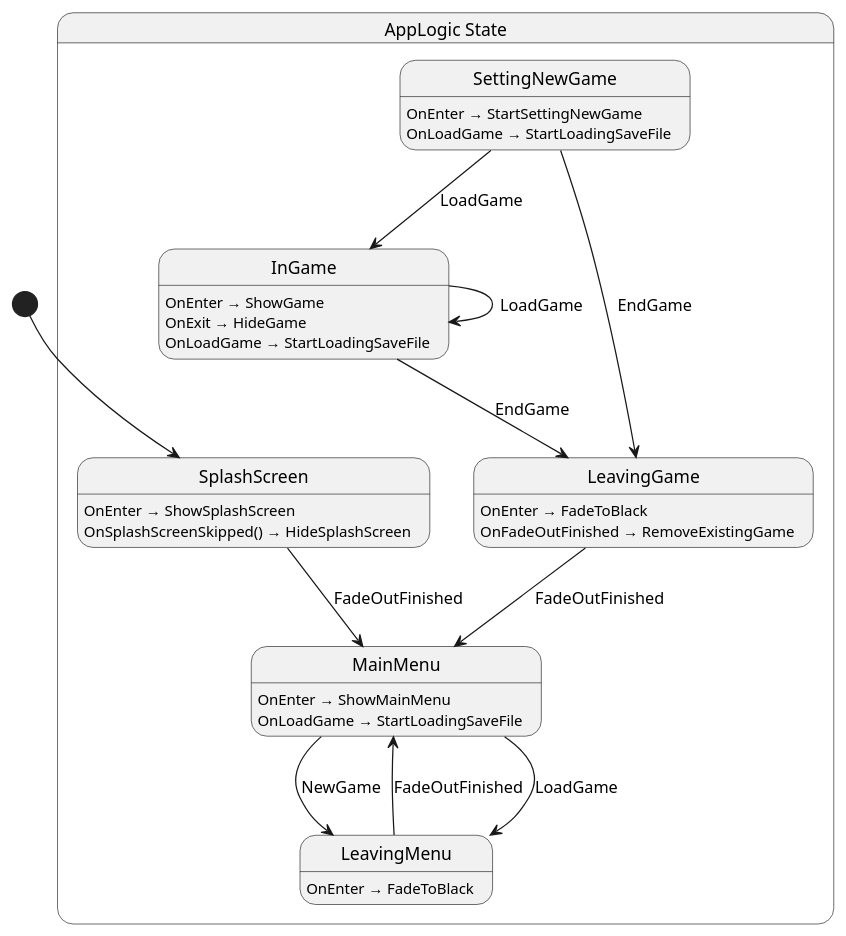
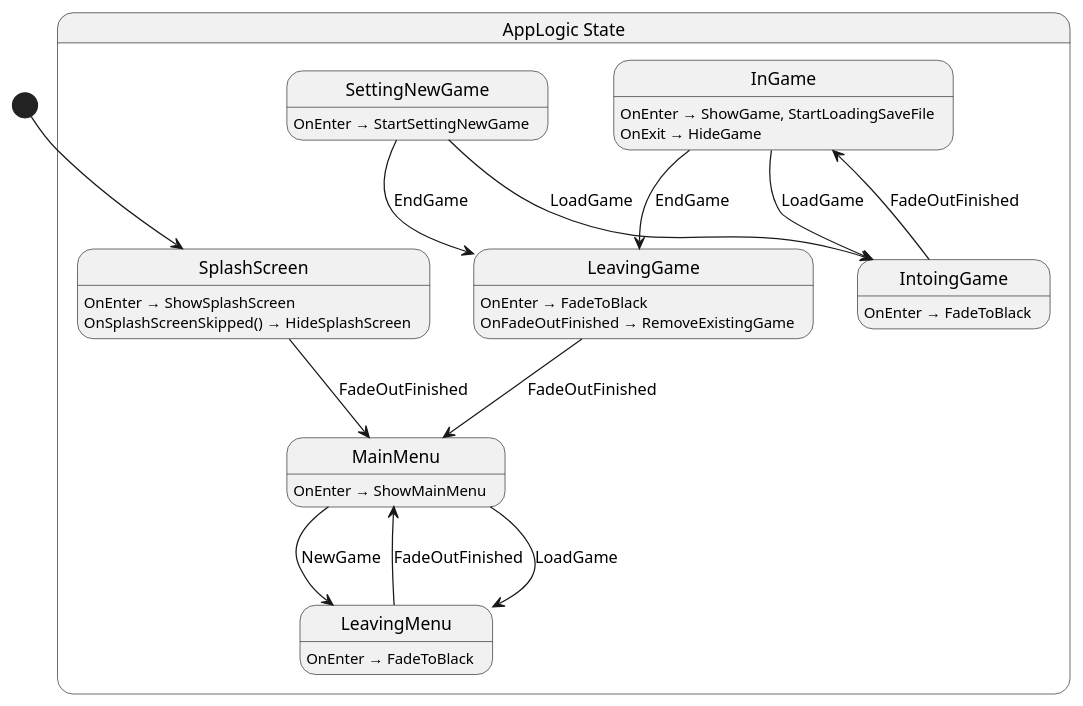
One commit to L-Bromine/Nanomachine changed the diagram in src/app/state/AppLogic.g.puml. Above: the diagram before and after it, drawn with PlantUML. The commit also changed 14 other files, not shown here.

First line of the commit message:
Refactor game loading state transitions

```diff
--- a/src/app/state/AppLogic.g.puml
+++ b/src/app/state/AppLogic.g.puml
@@ -1,35 +1,35 @@
 @startuml AppLogic
 state "AppLogic State" as Nanomachine_AppLogic_State {
   state "InGame" as Nanomachine_AppLogic_State_InGame
+  state "IntoingGame" as Nanomachine_AppLogic_State_IntoingGame
   state "LeavingGame" as Nanomachine_AppLogic_State_LeavingGame
   state "LeavingMenu" as Nanomachine_AppLogic_State_LeavingMenu
   state "MainMenu" as Nanomachine_AppLogic_State_MainMenu
   state "SettingNewGame" as Nanomachine_AppLogic_State_SettingNewGame
   state "SplashScreen" as Nanomachine_AppLogic_State_SplashScreen
 }
 
-Nanomachine_AppLogic_State_InGame --> Nanomachine_AppLogic_State_InGame : LoadGame
+Nanomachine_AppLogic_State_InGame --> Nanomachine_AppLogic_State_IntoingGame : LoadGame
 Nanomachine_AppLogic_State_InGame --> Nanomachine_AppLogic_State_LeavingGame : EndGame
+Nanomachine_AppLogic_State_IntoingGame --> Nanomachine_AppLogic_State_InGame : FadeOutFinished
 Nanomachine_AppLogic_State_LeavingGame --> Nanomachine_AppLogic_State_MainMenu : FadeOutFinished
 Nanomachine_AppLogic_State_LeavingMenu --> Nanomachine_AppLogic_State_MainMenu : FadeOutFinished
 Nanomachine_AppLogic_State_MainMenu --> Nanomachine_AppLogic_State_LeavingMenu : LoadGame
 Nanomachine_AppLogic_State_MainMenu --> Nanomachine_AppLogic_State_LeavingMenu : NewGame
-Nanomachine_AppLogic_State_SettingNewGame --> Nanomachine_AppLogic_State_InGame : LoadGame
+Nanomachine_AppLogic_State_SettingNewGame --> Nanomachine_AppLogic_State_IntoingGame : LoadGame
 Nanomachine_AppLogic_State_SettingNewGame --> Nanomachine_AppLogic_State_LeavingGame : EndGame
 Nanomachine_AppLogic_State_SplashScreen --> Nanomachine_AppLogic_State_MainMenu : FadeOutFinished
 
-Nanomachine_AppLogic_State_InGame : OnEnter → ShowGame
+Nanomachine_AppLogic_State_InGame : OnEnter → ShowGame, StartLoadingSaveFile
 Nanomachine_AppLogic_State_InGame : OnExit → HideGame
-Nanomachine_AppLogic_State_InGame : OnLoadGame → StartLoadingSaveFile
+Nanomachine_AppLogic_State_IntoingGame : OnEnter → FadeToBlack
 Nanomachine_AppLogic_State_LeavingGame : OnEnter → FadeToBlack
 Nanomachine_AppLogic_State_LeavingGame : OnFadeOutFinished → RemoveExistingGame
 Nanomachine_AppLogic_State_LeavingMenu : OnEnter → FadeToBlack
 Nanomachine_AppLogic_State_MainMenu : OnEnter → ShowMainMenu
-Nanomachine_AppLogic_State_MainMenu : OnLoadGame → StartLoadingSaveFile
 Nanomachine_AppLogic_State_SettingNewGame : OnEnter → StartSettingNewGame
-Nanomachine_AppLogic_State_SettingNewGame : OnLoadGame → StartLoadingSaveFile
 Nanomachine_AppLogic_State_SplashScreen : OnEnter → ShowSplashScreen
 Nanomachine_AppLogic_State_SplashScreen : OnSplashScreenSkipped() → HideSplashScreen
 
 [*] --> Nanomachine_AppLogic_State_SplashScreen
 @enduml
```
